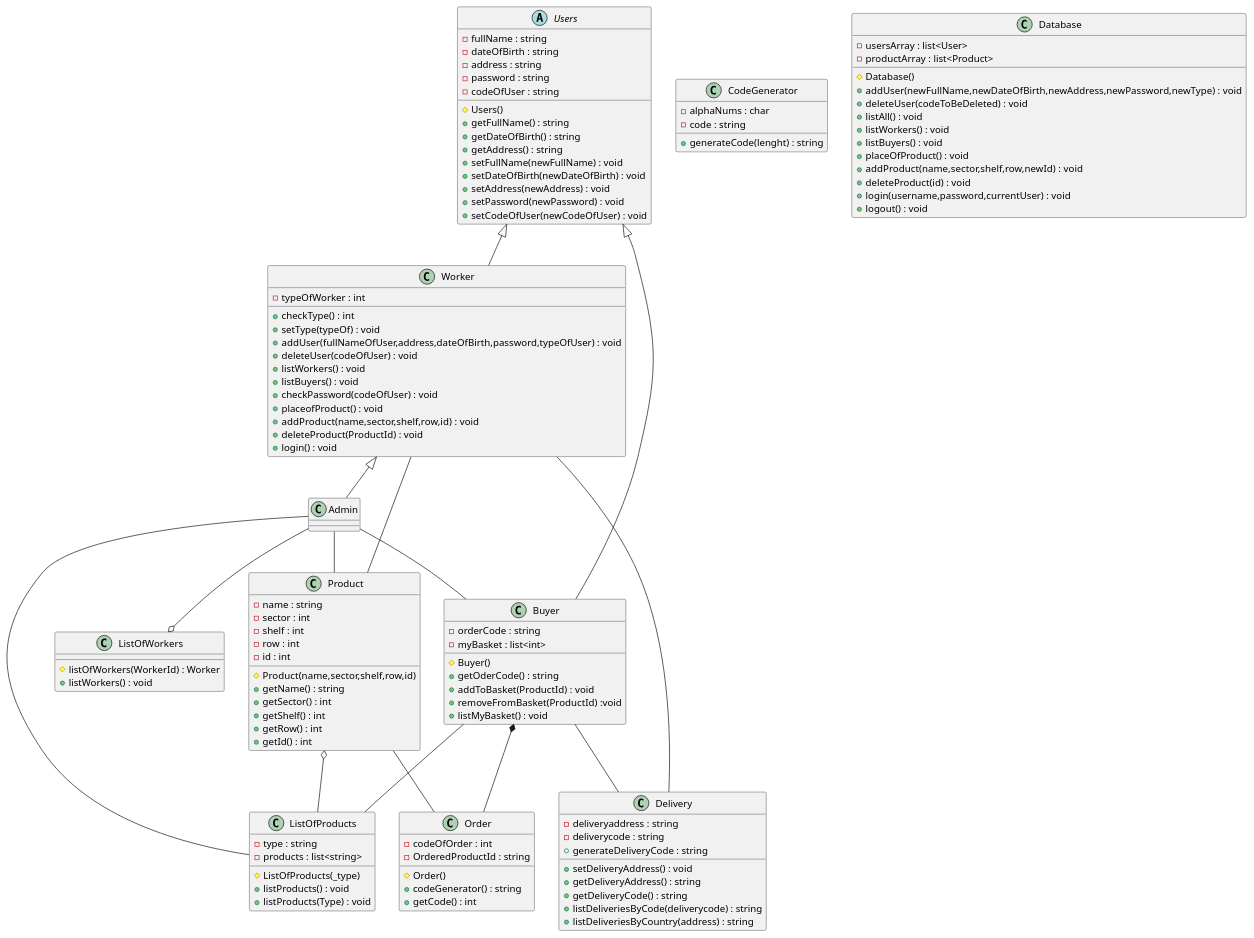
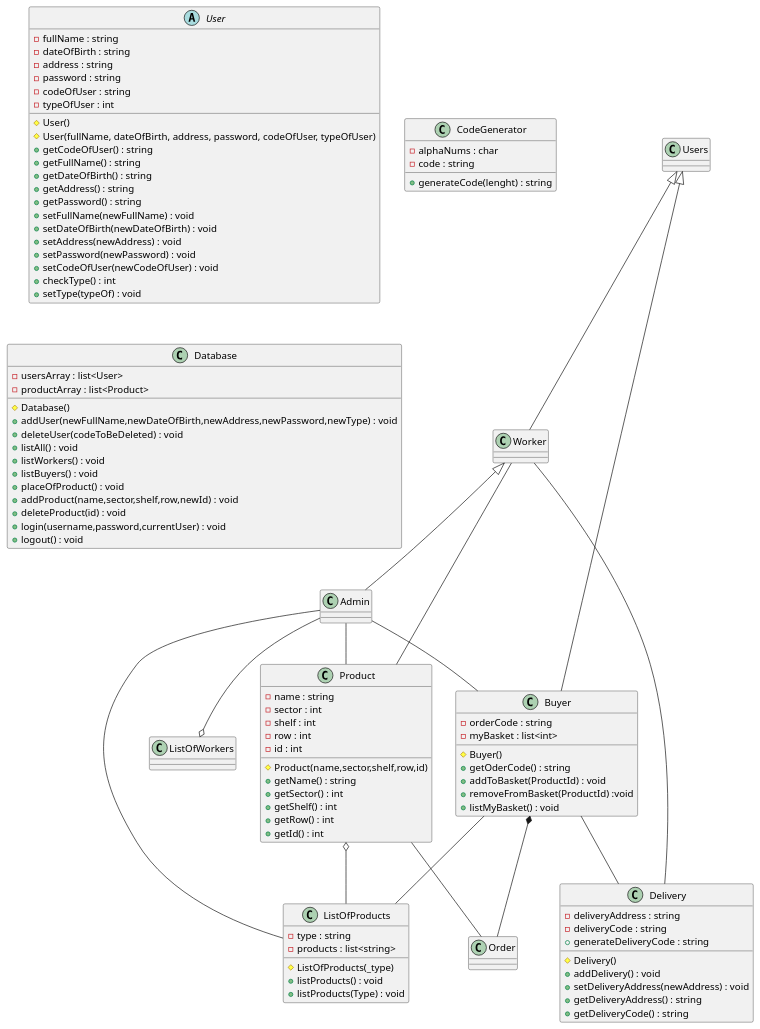
One commit to Leves01/Szoftvertechnologia changed the diagram in classmeghatarozas.wsd. Above: the diagram before and after it, drawn with PlantUML.

```diff
--- a/classmeghatarozas.wsd
+++ b/classmeghatarozas.wsd
@@ -1,154 +1,120 @@
 @startuml Class_meghatarozas
 'Classok a programon belül
 
-abstract class Users {
+abstract class User {
     -fullName : string
     -dateOfBirth : string
     -address : string
     -password : string
     -codeOfUser : string
-	#Users()
+	-typeOfUser : int
+	#User()
+	#User(fullName, dateOfBirth, address, password, codeOfUser, typeOfUser)
+	+getCodeOfUser() : string
     +getFullName() : string
     +getDateOfBirth() : string
     +getAddress() : string
+	+getPassword() : string
     +setFullName(newFullName) : void
     +setDateOfBirth(newDateOfBirth) : void
     +setAddress(newAddress) : void
     +setPassword(newPassword) : void
 	+setCodeOfUser(newCodeOfUser) : void
-
-}
-
-class Worker {
-    -typeOfWorker : int
 	+checkType() : int
 	+setType(typeOf) : void
-	+addUser(fullNameOfUser,address,dateOfBirth,password,typeOfUser) : void
-    +deleteUser(codeOfUser) : void
-	+listWorkers() : void
-	+listBuyers() : void
-	+checkPassword(codeOfUser) : void
-	+placeofProduct() : void
-    +addProduct(name,sector,shelf,row,id) : void
-    +deleteProduct(ProductId) : void
-	+login() : void
-
 }
 
 class Buyer {
     -orderCode : string
 	-myBasket : list<int>
 	#Buyer()
     +getOderCode() : string
     +addToBasket(ProductId) : void
     +removeFromBasket(ProductId) :void
     +listMyBasket() : void
-
-   
 }  
 
 class Product {
     -name : string
     -sector : int
     -shelf : int
     -row : int
     -id : int
     #Product(name,sector,shelf,row,id)
     +getName() : string
     +getSector() : int
     +getShelf() : int
     +getRow() : int 
     +getId() : int
-
 }
 
-class Order {
-    'legenerált random kód
-    -codeOfOrder : int
-    -OrderedProductId : string
-	#Order()
-    '8 karakterből álló random kód
-    +codeGenerator() : string
-    +getCode() : int
-
-
-}
 
 class ListOfProducts {
     -type : string
 	-products : list<string>
 	#ListOfProducts(_type)
     +listProducts() : void
     +listProducts(Type) : void
-
 }
 
-class ListOfWorkers {
-     #listOfWorkers(WorkerId) : Worker
-     +listWorkers() : void
- }
-
 class Delivery {
-    - deliveryaddress : string
-    - deliverycode : string
-    +setDeliveryAddress() : void
+    - deliveryAddress : string
+    - deliveryCode : string
+	#Delivery()
+    +addDelivery() : void
+	+setDeliveryAddress(newAddress) : void
     +generateDeliveryCode : string
     +getDeliveryAddress() : string
     +getDeliveryCode() : string
-    +listDeliveriesByCode(deliverycode) : string
-    +listDeliveriesByCountry(address) : string
-
-
 }
 
 class CodeGenerator {
 	-alphaNums : char
 	-code : string
 	+generateCode(lenght) : string
 }
 
 class Database {
 	-usersArray : list<User>
 	-productArray : list<Product>
 	#Database()
 	+addUser(newFullName,newDateOfBirth,newAddress,newPassword,newType) : void
 	+deleteUser(codeToBeDeleted) : void
 	+listAll() : void
 	+listWorkers() : void
 	+listBuyers() : void
 	+placeOfProduct() : void
 	+addProduct(name,sector,shelf,row,newId) : void
 	+deleteProduct(id) : void
 	+login(username,password,currentUser) : void
 	+logout() : void
 }
-
 
 
 ' Kapcsolodasok a classok kozott
 
 
 Users <|-- Worker
 Users <|-- Buyer
 Worker <|-- Admin
 
 'Admin -- Worker
 Admin -- Buyer
 Admin -- Product
 Admin -- ListOfProducts
 Admin --o ListOfWorkers
 
 Product o-- ListOfProducts
 
 
 Buyer -- ListOfProducts
 Buyer *-- Order
 Buyer -- Delivery
 
 
 Product -- Order
 
 Worker -- Delivery
 
 Worker -- Product
 @enduml
```
